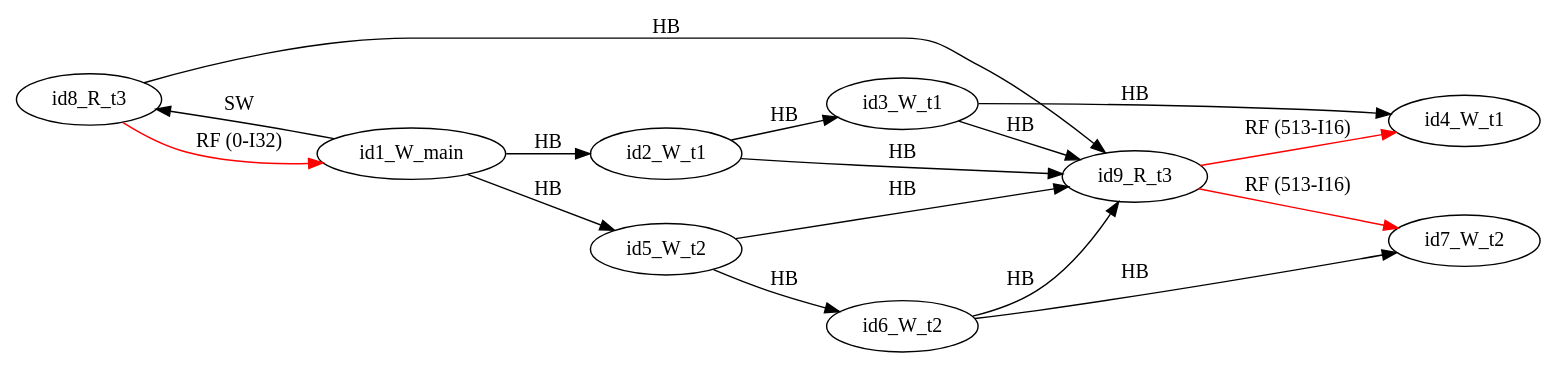
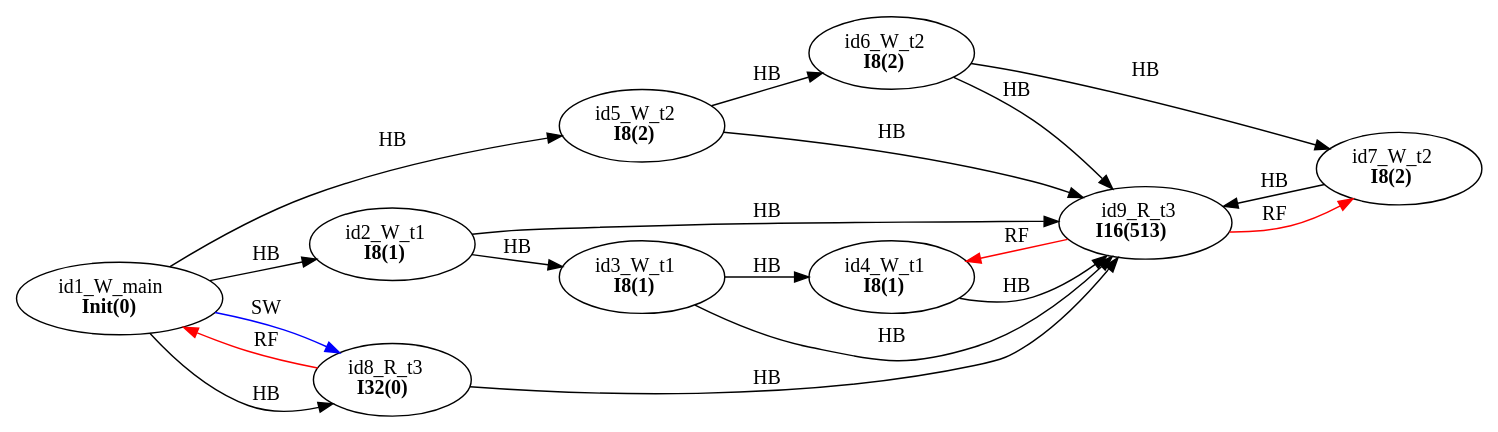
Before and after one commit to FMJS/EMME: the diagram in examples/single_var/sv_simple19/mm26.dot, drawn with Graphviz. The commit also changed 242 other files, not shown here.

```diff
--- a/examples/single_var/sv_simple19/mm26.dot
+++ b/examples/single_var/sv_simple19/mm26.dot
@@ -1,28 +1,31 @@
 digraph memory_model {
 rankdir=LR;
 splines=true; esep=0.5;
-id8_R_t3 -> id1_W_main [label = "RF (0-I32)", color="red"];
-id9_R_t3 -> id4_W_t1 [label = "RF (513-I16)", color="red"];
-id9_R_t3 -> id7_W_t2 [label = "RF (513-I16)", color="red"];
 id2_W_t1 -> id3_W_t1 [label = "HB", color="black"];
 id3_W_t1 -> id4_W_t1 [label = "HB", color="black"];
 id5_W_t2 -> id6_W_t2 [label = "HB", color="black"];
 id6_W_t2 -> id7_W_t2 [label = "HB", color="black"];
 id8_R_t3 -> id9_R_t3 [label = "HB", color="black"];
 id1_W_main -> id2_W_t1 [label = "HB", color="black"];
 id1_W_main -> id5_W_t2 [label = "HB", color="black"];
+id1_W_main -> id8_R_t3 [label = "HB", color="black"];
 id2_W_t1 -> id9_R_t3 [label = "HB", color="black"];
 id3_W_t1 -> id9_R_t3 [label = "HB", color="black"];
+id4_W_t1 -> id9_R_t3 [label = "HB", color="black"];
 id5_W_t2 -> id9_R_t3 [label = "HB", color="black"];
 id6_W_t2 -> id9_R_t3 [label = "HB", color="black"];
-id1_W_main -> id8_R_t3 [label = "SW", color="black"];
-id1_W_main [pos="5.0,6!"]
-id2_W_t1 [pos="0,4!"]
-id3_W_t1 [pos="0,2!"]
-id4_W_t1 [pos="0,0!"]
-id5_W_t2 [pos="5,4!"]
-id6_W_t2 [pos="5,2!"]
-id7_W_t2 [pos="5,0!"]
-id8_R_t3 [pos="10,4!"]
-id9_R_t3 [pos="10,2!"]
+id7_W_t2 -> id9_R_t3 [label = "HB", color="black"];
+id8_R_t3 -> id1_W_main [label = "RF", color="red"];
+id9_R_t3 -> id4_W_t1 [label = "RF", color="red"];
+id9_R_t3 -> id7_W_t2 [label = "RF", color="red"];
+id1_W_main -> id8_R_t3 [label = "SW", color="blue"];
+id1_W_main [label=<id1_W_main<br/><B>Init(0)</B>>, pos="5.0,6!"]
+id2_W_t1 [label=<id2_W_t1<br/><B>I8(1)</B>>, pos="0,4!"]
+id3_W_t1 [label=<id3_W_t1<br/><B>I8(1)</B>>, pos="0,2!"]
+id4_W_t1 [label=<id4_W_t1<br/><B>I8(1)</B>>, pos="0,0!"]
+id5_W_t2 [label=<id5_W_t2<br/><B>I8(2)</B>>, pos="5,4!"]
+id6_W_t2 [label=<id6_W_t2<br/><B>I8(2)</B>>, pos="5,2!"]
+id7_W_t2 [label=<id7_W_t2<br/><B>I8(2)</B>>, pos="5,0!"]
+id8_R_t3 [label=<id8_R_t3<br/><B>I32(0)</B>>, pos="10,4!"]
+id9_R_t3 [label=<id9_R_t3<br/><B>I16(513)</B>>, pos="10,2!"]
 }
```
